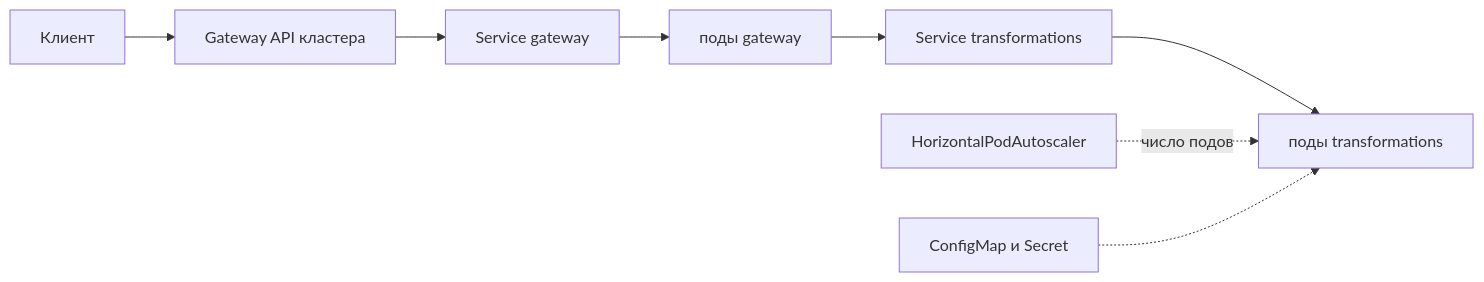
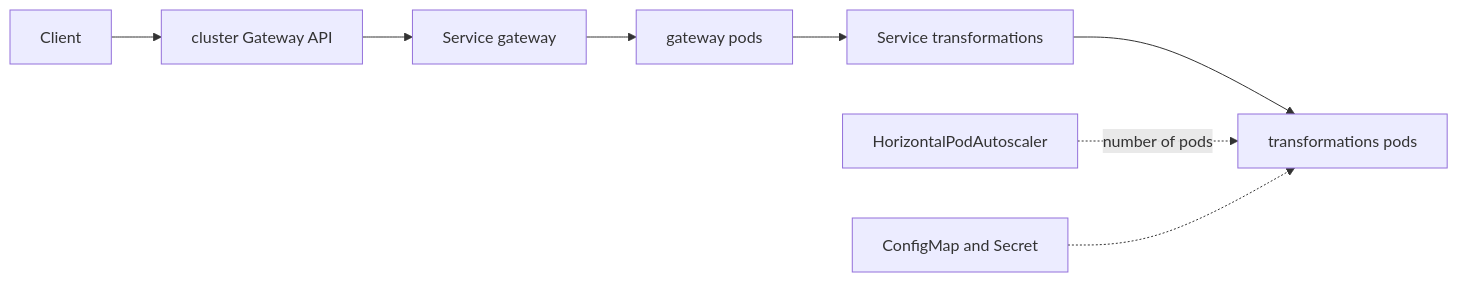
Before and after one commit to pavel-skripko-innowise/inno-fe-be-a1: the second of 3 diagrams in courses-content/backend/B/1/en/0.8 Контейнеризация и развёртывание.md, drawn with Mermaid. The commit also changed other lines of this file and 35 other files, not shown here.

````diff
--- a/courses-content/backend/B/1/en/0.8 Контейнеризация и развёртывание.md
+++ b/courses-content/backend/B/1/en/0.8 Контейнеризация и развёртывание.md
@@ -141,10 +141,10 @@
 ```mermaid
 flowchart LR
-  Client[Клиент] --> Edge[Gateway API кластера]
+  Client[Client] --> Edge[cluster Gateway API]
   Edge --> GatewaySvc[Service gateway]
-  GatewaySvc --> GatewayPods[поды gateway]
+  GatewaySvc --> GatewayPods[gateway pods]
   GatewayPods --> TransformSvc[Service transformations]
-  TransformSvc --> TransformPods[поды transformations]
-  Hpa[HorizontalPodAutoscaler] -.->|число подов| TransformPods
-  Config[ConfigMap и Secret] -.-> TransformPods
+  TransformSvc --> TransformPods[transformations pods]
+  Hpa[HorizontalPodAutoscaler] -.->|number of pods| TransformPods
+  Config[ConfigMap and Secret] -.-> TransformPods
 ```
````
